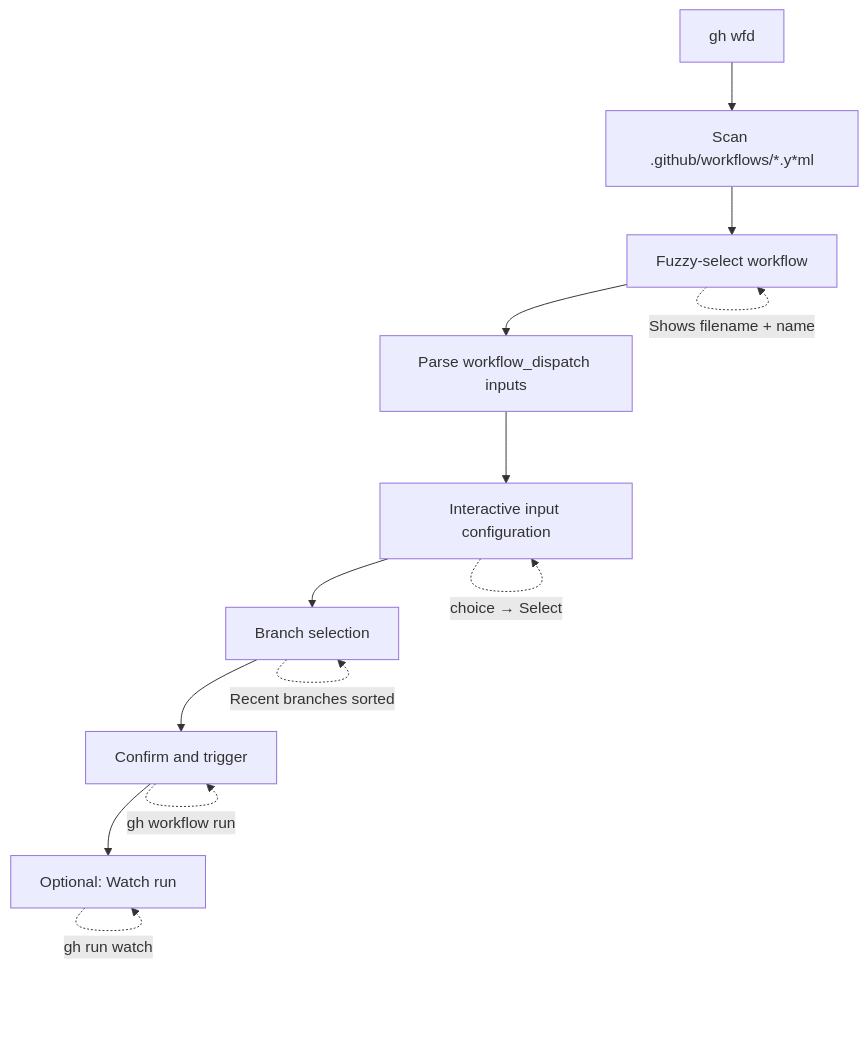
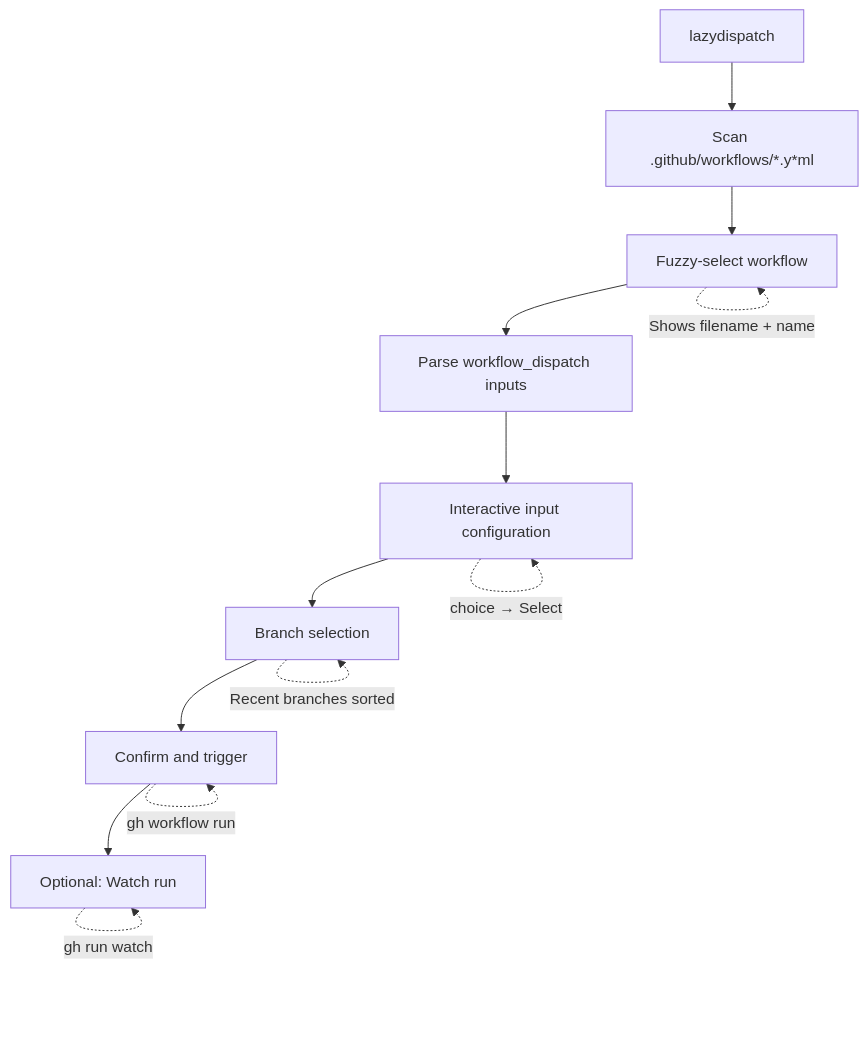
Before and after one commit to KyleKing/gh-lazydispatch: the diagram in CONTRIBUTING.md, drawn with Mermaid. The commit also changed other lines of this file and 30 other files, not shown here.

````diff
--- a/CONTRIBUTING.md
+++ b/CONTRIBUTING.md
@@ -7,21 +7,21 @@
 ```mermaid
 flowchart TD
-    A[gh wfd] --> B[Scan .github/workflows/*.y*ml]
+    A[lazydispatch] --> B[Scan .github/workflows/*.y*ml]
     B --> C[Fuzzy-select workflow]
     C --> D[Parse workflow_dispatch inputs]
     D --> E[Interactive input configuration]
     E --> F[Branch selection]
     F --> G[Confirm and trigger]
     G --> H[Optional: Watch run]
 
     C -.->|Type to filter| C
     C -.->|Shows filename + name| C
     E -.->|text → Input field| E
     E -.->|boolean → Confirm| E
     E -.->|choice → Select| E
     F -.->|Current branch first| F
     F -.->|Default branch second| F
     F -.->|Recent branches sorted| F
     G -.->|gh workflow run| G
     H -.->|gh run watch| H
 ```
````
